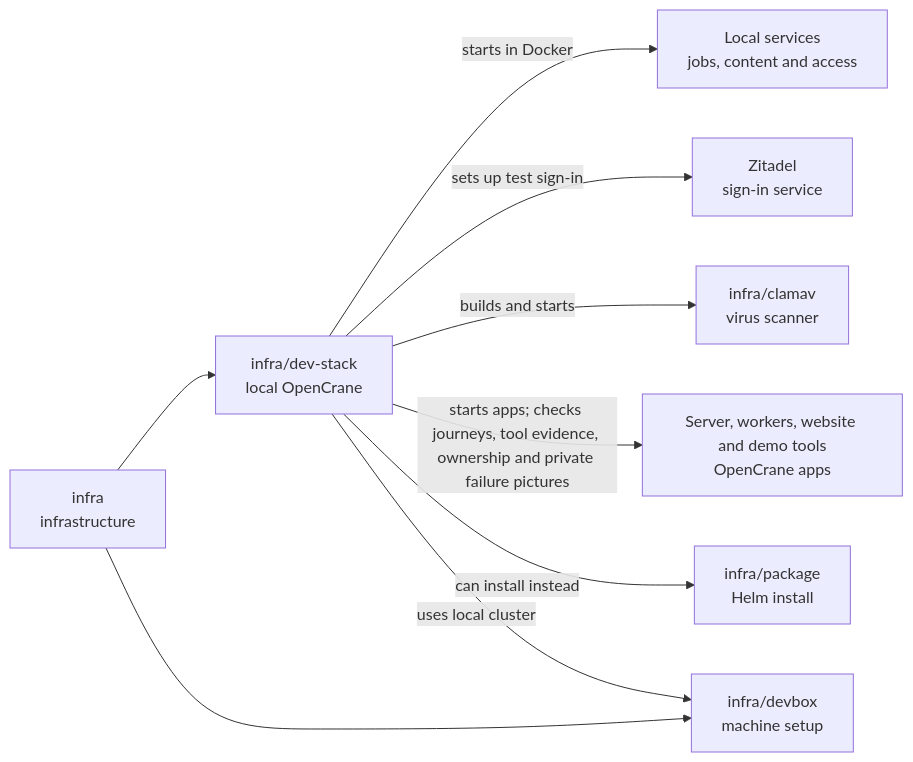
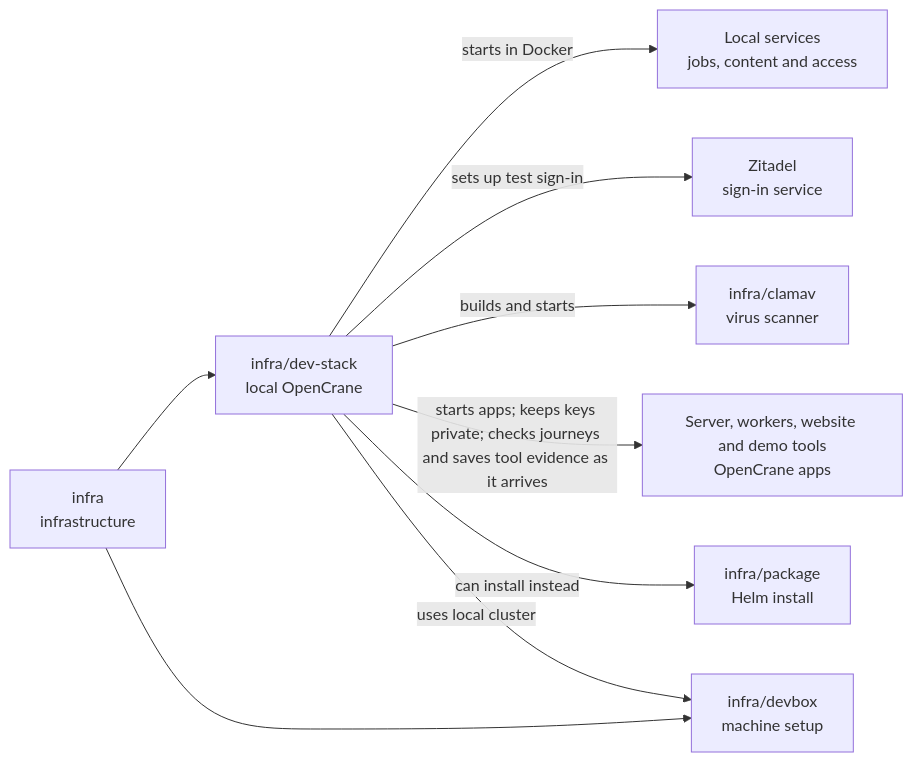
Before and after one commit to elewa-git/opencrane-new: the diagram in infra/dev-stack/README.md, drawn with Mermaid. The commit also changed other lines of this file and 600 other files, not shown here.

````diff
--- a/infra/dev-stack/README.md
+++ b/infra/dev-stack/README.md
@@ -16,11 +16,11 @@
 ```mermaid
 flowchart LR
   infra["infra<br/>infrastructure"] --> stack["infra/dev-stack<br/>local OpenCrane"]
   infra --> devbox["infra/devbox<br/>machine setup"]
   stack -->|starts in Docker| services["Local services<br/>jobs, content and access"]
   stack -->|sets up test sign-in| zitadel["Zitadel<br/>sign-in service"]
   stack -->|builds and starts| clamav["infra/clamav<br/>virus scanner"]
-  stack -->|starts apps; checks journeys, tool evidence, ownership and private failure pictures| apps["Server, workers, website and demo tools<br/>OpenCrane apps"]
+  stack -->|starts apps; keeps keys private; checks journeys and saves tool evidence as it arrives| apps["Server, workers, website and demo tools<br/>OpenCrane apps"]
   stack -->|can install instead| package["infra/package<br/>Helm install"]
   stack -->|uses local cluster| devbox
 ```
````
